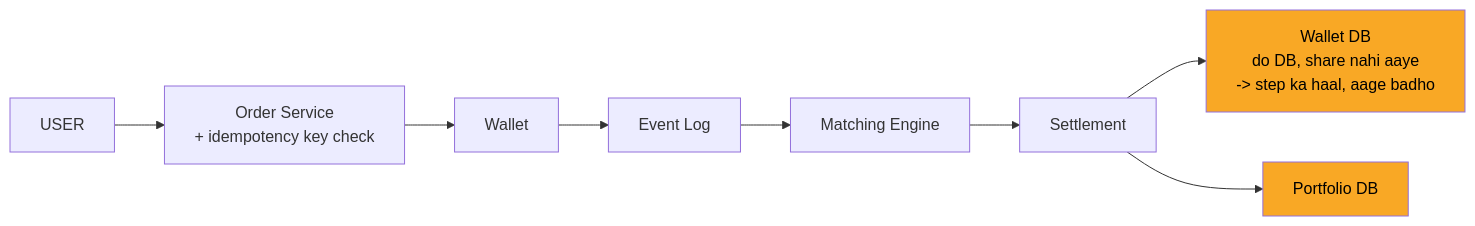
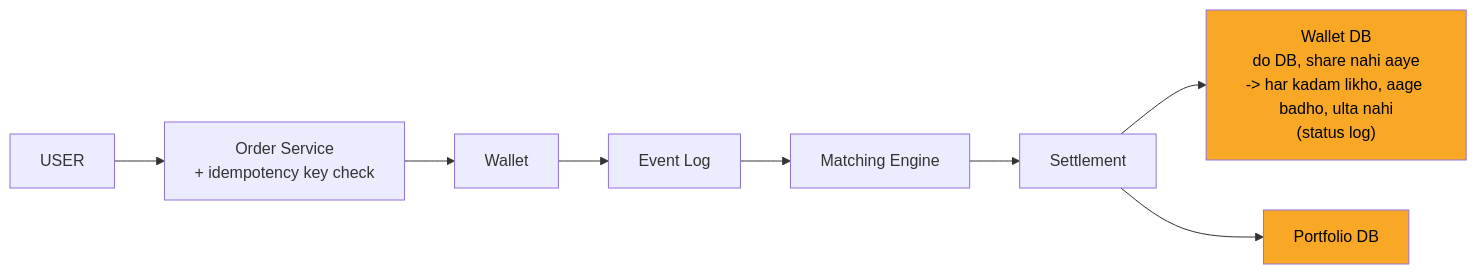
The eighth of 10 diagrams in 04_HLD/SYSTEM_DESIGNS/05_stock_broker_trading/05_stock_broker_trading.md (ArpanMaheshwari144/Prep), drawn with Mermaid before and after one commit. The commit also changed other lines of this file and 13 other files, not shown here.

````diff
--- a/04_HLD/SYSTEM_DESIGNS/05_stock_broker_trading/05_stock_broker_trading.md
+++ b/04_HLD/SYSTEM_DESIGNS/05_stock_broker_trading/05_stock_broker_trading.md
@@ -285,20 +286,20 @@
 ```mermaid
 flowchart LR
     n_USER["USER"]
     n_Order_Service["Order Service<br/>+ idempotency key check"]
     n_Wallet["Wallet"]
     n_Event_Log["Event Log"]
     n_Matching_Engine["Matching Engine"]
     n_Settlement["Settlement"]
-    n_Wallet_DB["Wallet DB<br/>do DB, share nahi aaye<br/>-> step ka haal, aage badho"]
+    n_Wallet_DB["Wallet DB<br/>do DB, share nahi aaye<br/>-> har kadam likho, aage badho, ulta nahi<br/>(status log)"]
     n_Portfolio_DB["Portfolio DB"]
     n_USER --> n_Order_Service
     n_Order_Service --> n_Wallet
     n_Wallet --> n_Event_Log
     n_Event_Log --> n_Matching_Engine
     n_Matching_Engine --> n_Settlement
     n_Settlement --> n_Wallet_DB
     n_Settlement --> n_Portfolio_DB
     style n_Wallet_DB fill:#f9a825,color:#000
     style n_Portfolio_DB fill:#f9a825,color:#000
 ```
````
